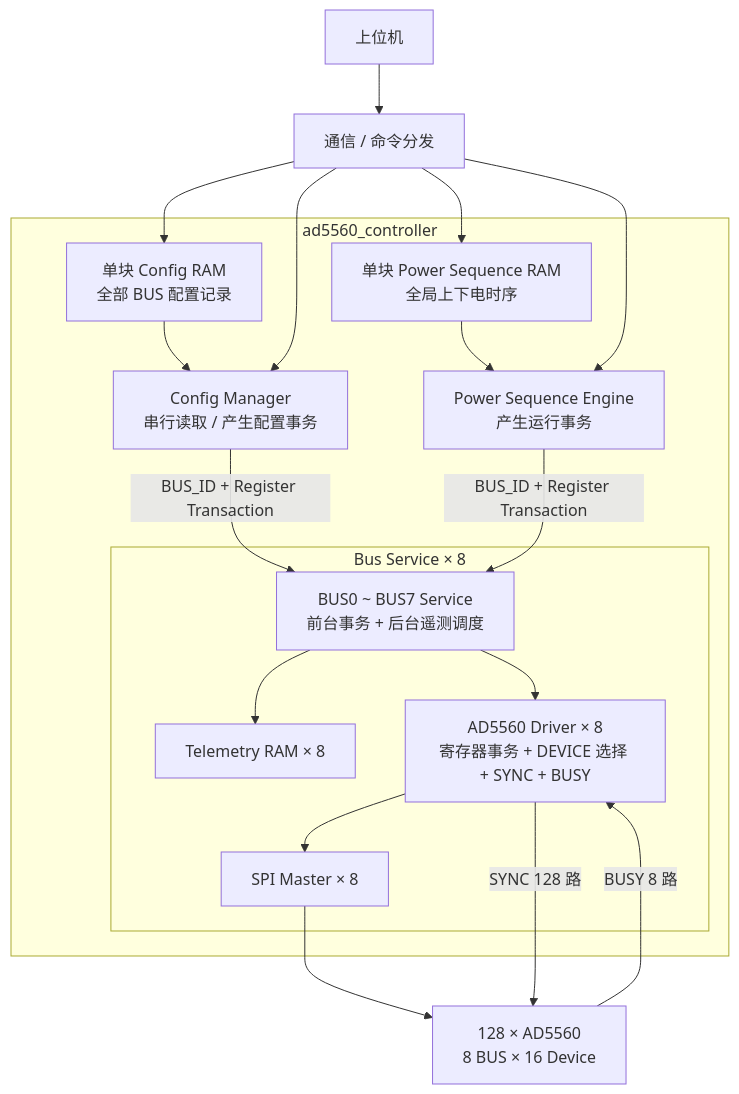
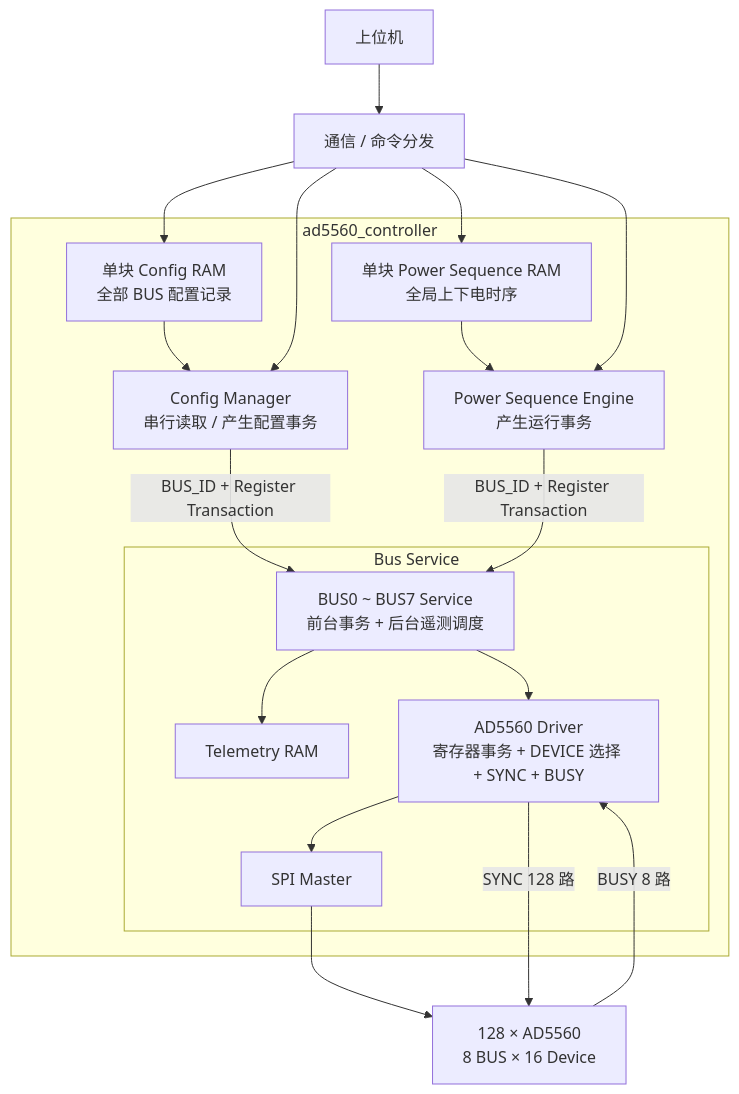
The diagram in AD5560/SYSTEM_ARCHITECTURE.md (hhanghhhhh/hbm_proj), drawn with Mermaid before and after one commit.

````diff
--- a/AD5560/SYSTEM_ARCHITECTURE.md
+++ b/AD5560/SYSTEM_ARCHITECTURE.md
@@ -123,42 +123,42 @@
 ```mermaid
 flowchart TB
     PC[上位机]
     COMM[通信 / 命令分发]
 
     subgraph CTRL[ad5560_controller]
         CRAM[单块 Config RAM\n全部 BUS 配置记录]
         CM[Config Manager\n串行读取 / 产生配置事务]
 
         PSRAM[单块 Power Sequence RAM\n全局上下电时序]
         PSE[Power Sequence Engine\n产生运行事务]
 
-        subgraph BUS[Bus Service × 8]
+        subgraph BUS[Bus Service]
             BS[BUS0 ~ BUS7 Service\n前台事务 + 后台遥测调度]
-            TRAM[Telemetry RAM × 8]
-            DRV[AD5560 Driver × 8\n寄存器事务 + DEVICE 选择 + SYNC + BUSY]
-            SPI[SPI Master × 8]
+            TRAM[Telemetry RAM]
+            DRV[AD5560 Driver\n寄存器事务 + DEVICE 选择 + SYNC + BUSY]
+            SPI[SPI Master]
 
             BS --> DRV
             BS --> TRAM
             DRV --> SPI
         end
 
         CRAM --> CM
         PSRAM --> PSE
 
         CM -->|BUS_ID + Register Transaction| BS
         PSE -->|BUS_ID + Register Transaction| BS
     end
 
     DEV[128 × AD5560\n8 BUS × 16 Device]
 
     PC --> COMM
     COMM --> CRAM
     COMM --> CM
     COMM --> PSRAM
     COMM --> PSE
 
     SPI --> DEV
     DRV -->|SYNC 128 路| DEV
     DEV -->|BUSY 8 路| DRV
 ```
````
